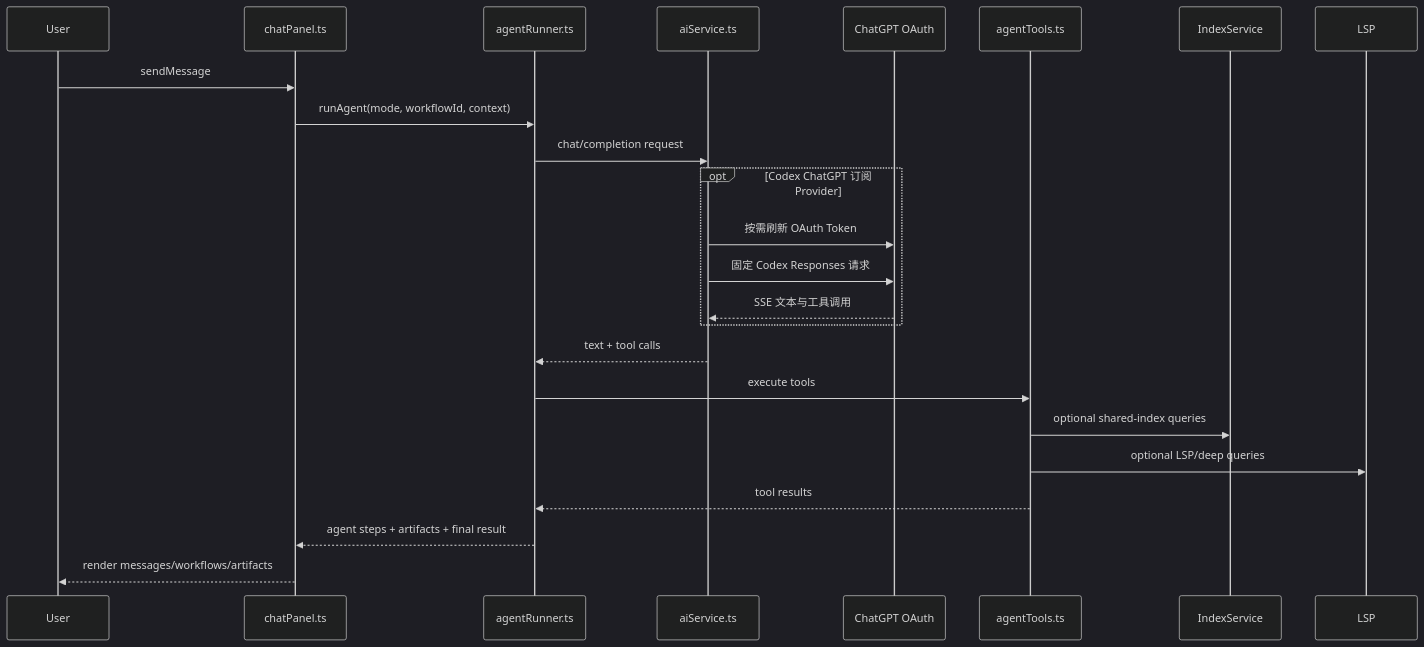
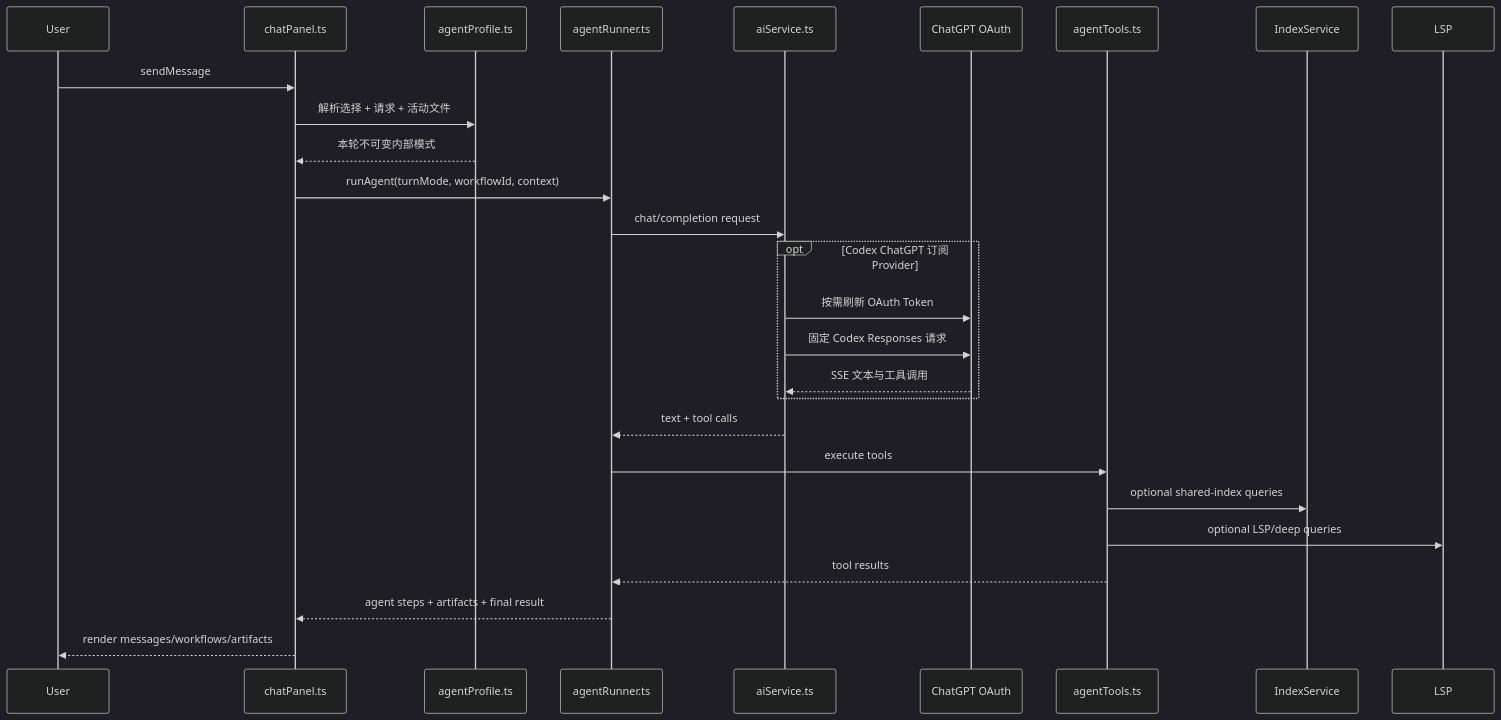
Before and after one commit to Aa728848/cwtools-vscode: the fourth of 4 diagrams in ARCHITECTURE.md, drawn with Mermaid (dark theme). The commit also changed other lines of this file and 53 other files, not shown here.

Commit message:
feat: implement multi-agent orchestration system with session coordination and workflow registry

````diff
--- a/ARCHITECTURE.md
+++ b/ARCHITECTURE.md
@@ -578,27 +602,30 @@
 ```mermaid
 sequenceDiagram
     participant User as User
     participant Chat as chatPanel.ts
+    participant Profile as agentProfile.ts
     participant Runner as agentRunner.ts
     participant Service as aiService.ts
     participant OAuth as ChatGPT OAuth
     participant Tools as agentTools.ts
     participant Index as IndexService
     participant LSP as LSP
 
     User->>Chat: sendMessage
-    Chat->>Runner: runAgent(mode, workflowId, context)
+    Chat->>Profile: 解析选择 + 请求 + 活动文件
+    Profile-->>Chat: 本轮不可变内部模式
+    Chat->>Runner: runAgent(turnMode, workflowId, context)
     Runner->>Service: chat/completion request
     opt Codex ChatGPT 订阅 Provider
         Service->>OAuth: 按需刷新 OAuth Token
         Service->>OAuth: 固定 Codex Responses 请求
         OAuth-->>Service: SSE 文本与工具调用
     end
     Service-->>Runner: text + tool calls
     Runner->>Tools: execute tools
     Tools->>Index: optional shared-index queries
     Tools->>LSP: optional LSP/deep queries
     Tools-->>Runner: tool results
     Runner-->>Chat: agent steps + artifacts + final result
     Chat-->>User: render messages/workflows/artifacts
 ```
````
